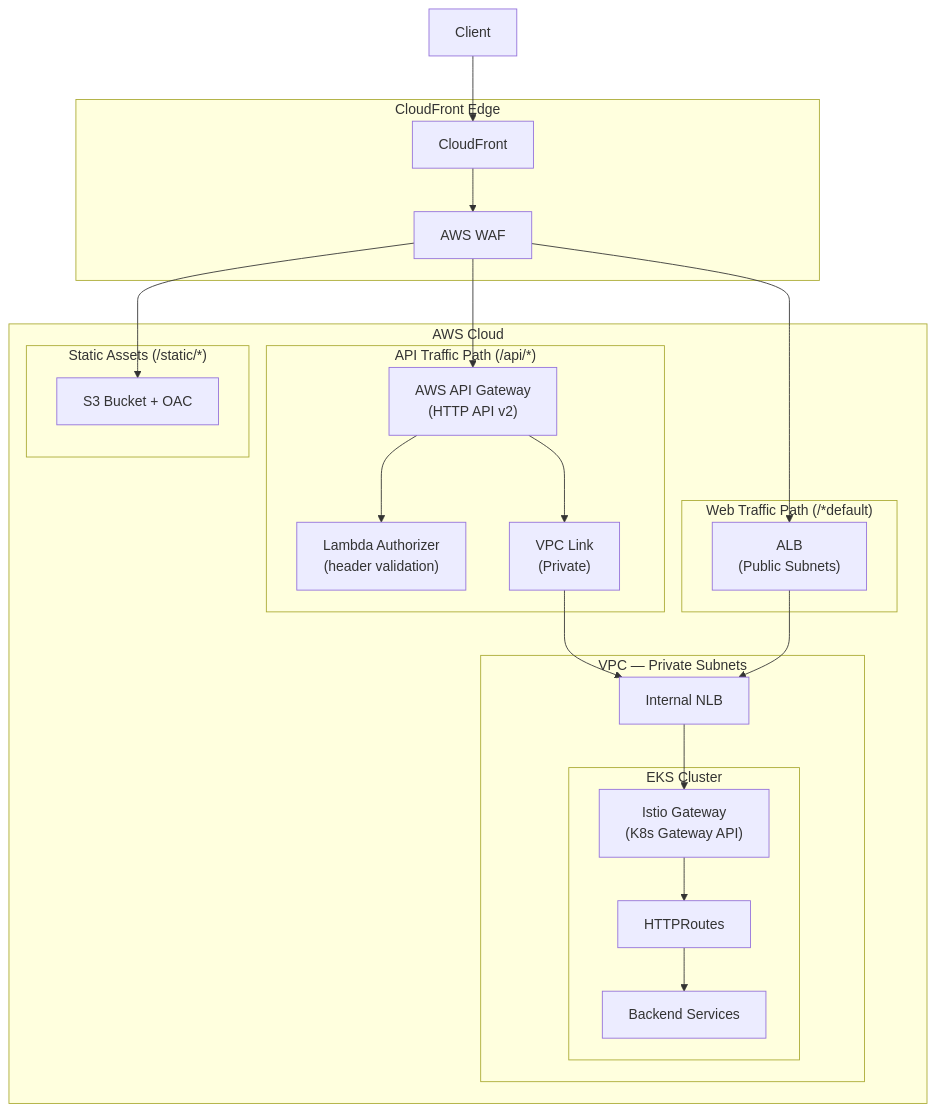
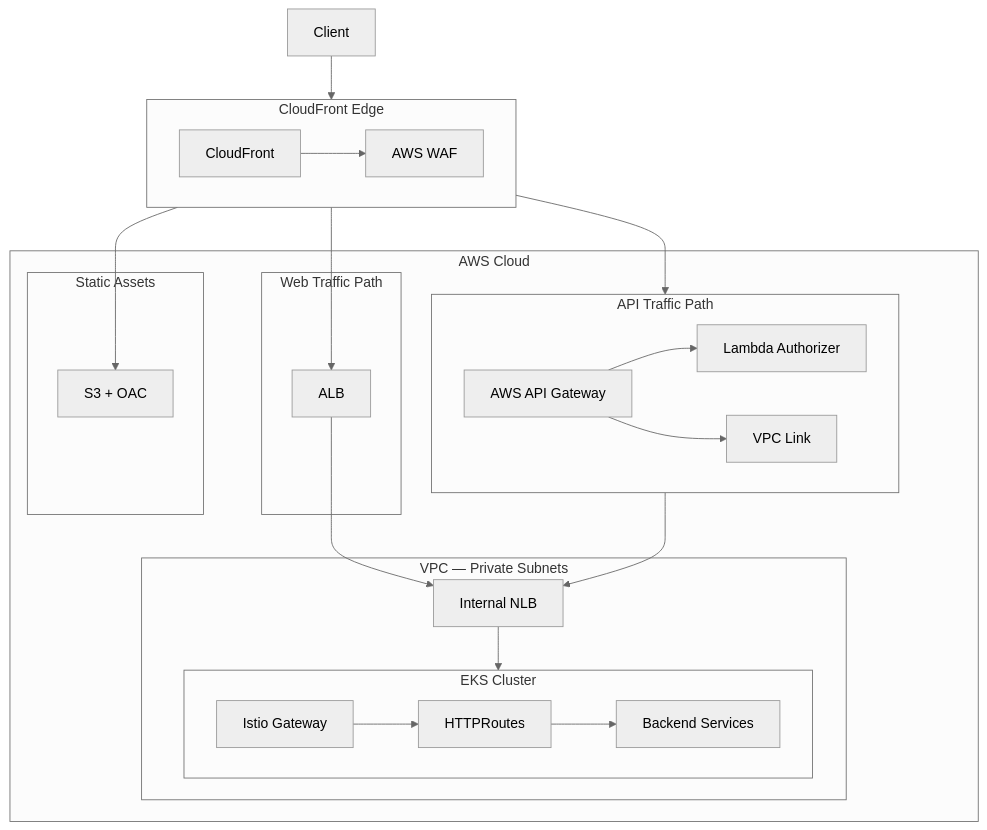
Before and after one commit to shanaka-versent/EKS-Kong-GatewayAPI-Demo: the fifth of 12 diagrams in README.md, drawn with Mermaid. The commit also changed other lines of this file, not shown here.

First line of the commit message:
Update all Mermaid diagrams: grayscale theme, horizontal alignment, clean labels

````diff
--- a/README.md
+++ b/README.md
@@ -216,52 +218,56 @@
 ```mermaid
+%%{init: {'theme': 'neutral'}}%%
 flowchart TB
     Client["Client"]
 
     subgraph Edge["CloudFront Edge"]
+        direction LR
         CF["CloudFront"]
         WAF["AWS WAF"]
     end
 
     subgraph AWS["AWS Cloud"]
-        subgraph APIPath["API Traffic Path (/api/*)"]
-            APIGW["AWS API Gateway\n(HTTP API v2)"]
-            Lambda["Lambda Authorizer\n(header validation)"]
-            VPCLink["VPC Link\n(Private)"]
+        subgraph APIPath["API Traffic Path"]
+            direction LR
+            APIGW["AWS API Gateway"]
+            Lambda["Lambda Authorizer"]
+            VPCLink["VPC Link"]
         end
 
-        subgraph WebPath["Web Traffic Path (/*default)"]
-            ALB["ALB\n(Public Subnets)"]
+        subgraph WebPath["Web Traffic Path"]
+            ALB["ALB"]
         end
 
         subgraph VPC["VPC — Private Subnets"]
             NLB2["Internal NLB"]
 
             subgraph EKS2["EKS Cluster"]
-                IstioGW["Istio Gateway\n(K8s Gateway API)"]
+                direction LR
+                IstioGW["Istio Gateway"]
                 HR2["HTTPRoutes"]
                 Apps2["Backend Services"]
             end
         end
 
-        subgraph S3Path["Static Assets (/static/*)"]
-            S3["S3 Bucket + OAC"]
+        subgraph S3Path["Static Assets"]
+            S3["S3 + OAC"]
         end
     end
 
     Client --> CF
     CF --> WAF
 
     WAF --> APIGW
     APIGW --> Lambda
     APIGW --> VPCLink
     VPCLink --> NLB2
 
     WAF --> ALB
     ALB --> NLB2
 
     WAF --> S3
 
     NLB2 --> IstioGW
     IstioGW --> HR2
     HR2 --> Apps2
 ```
````
